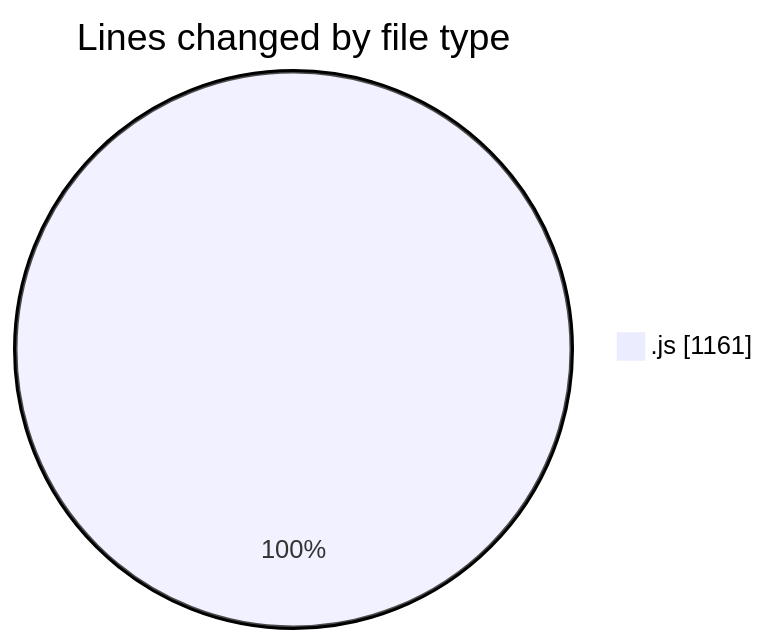
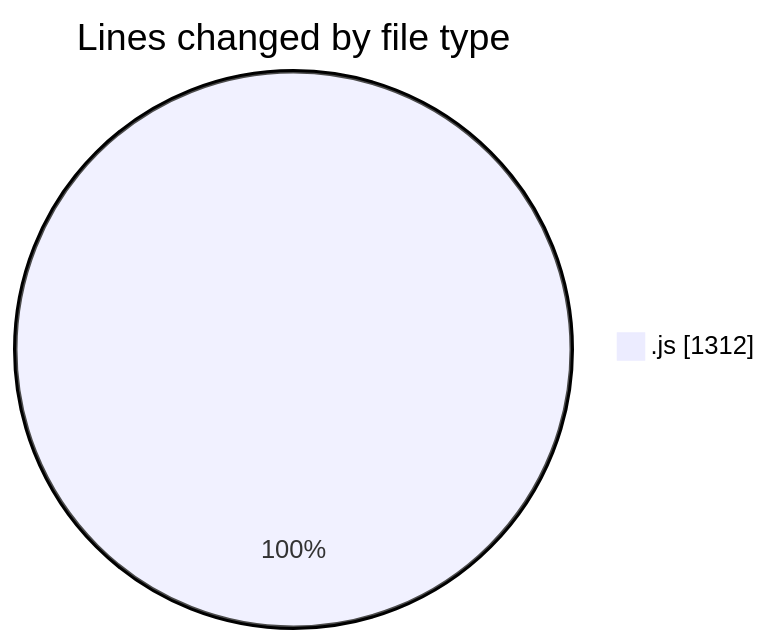
One commit to nxtqubesakshisongat/code-tracking changed the first of 2 diagrams in 2025-10-15/nxtqube_webapp/README.md. Above: the diagram before and after it, drawn with Mermaid. The commit also changed other lines of this file and 1 other file, not shown here.

````diff
--- a/2025-10-15/nxtqube_webapp/README.md
+++ b/2025-10-15/nxtqube_webapp/README.md
@@ -20,5 +20,5 @@
 ```mermaid
 pie showData
 title Lines changed by file type
-".js" : 1161
+".js" : 1312
 ```
````
